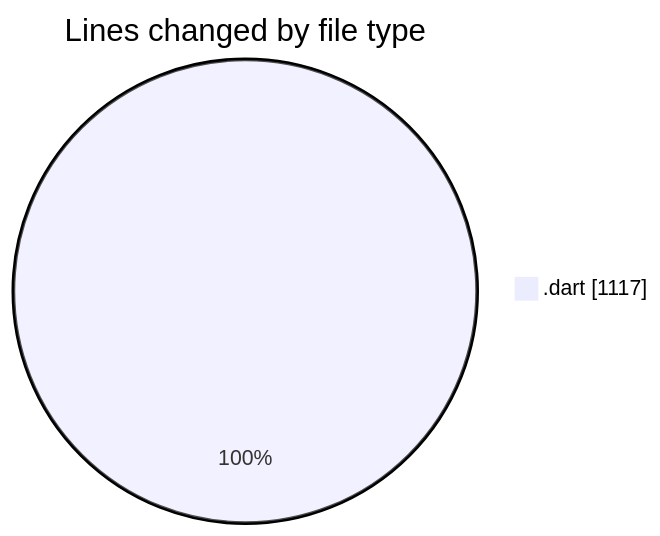
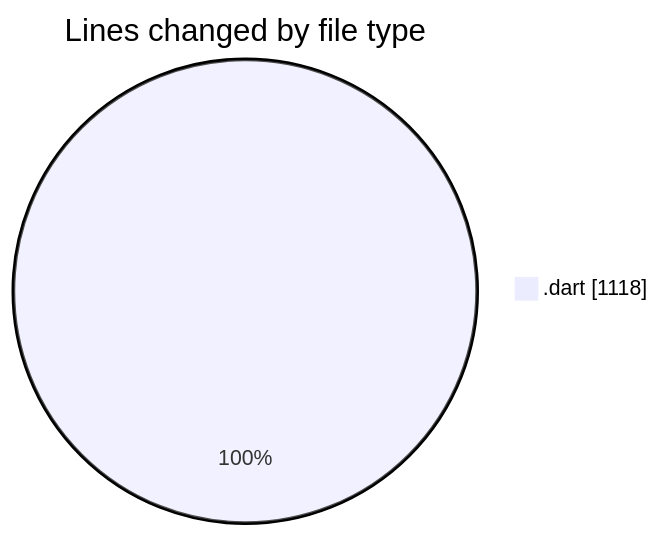
The first of 2 diagrams in 2025-04-10/trackers_app/README.md (donsfak/code-tracking), drawn with Mermaid before and after one commit. The commit also changed other lines of this file and 1 other file, not shown here.

````diff
--- a/2025-04-10/trackers_app/README.md
+++ b/2025-04-10/trackers_app/README.md
@@ -34,5 +34,5 @@
 ```mermaid
 pie showData
 title Lines changed by file type
-".dart" : 1117
+".dart" : 1118
 ```
````
